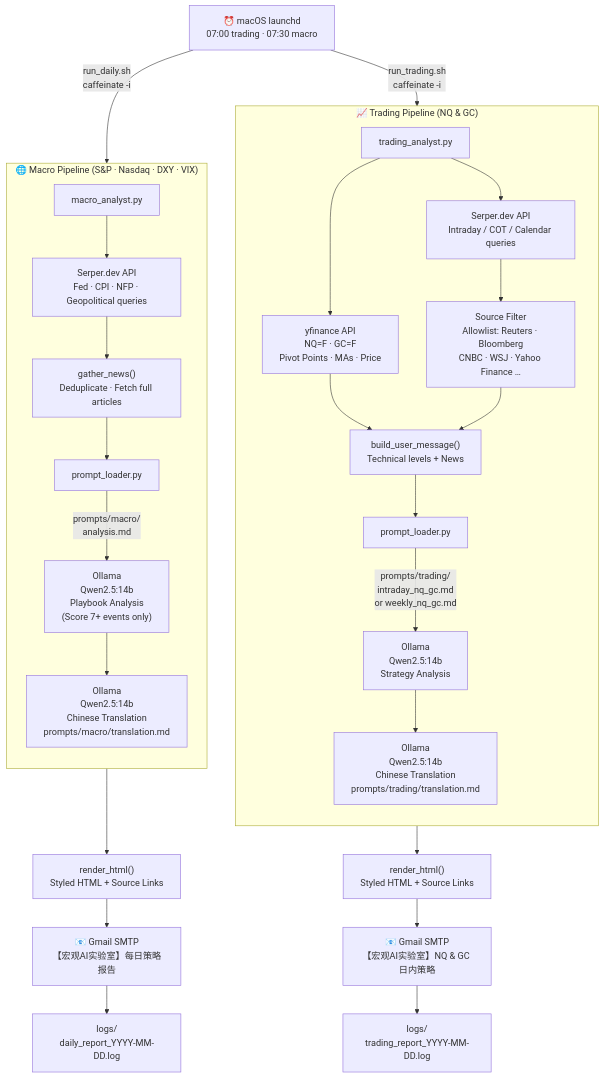
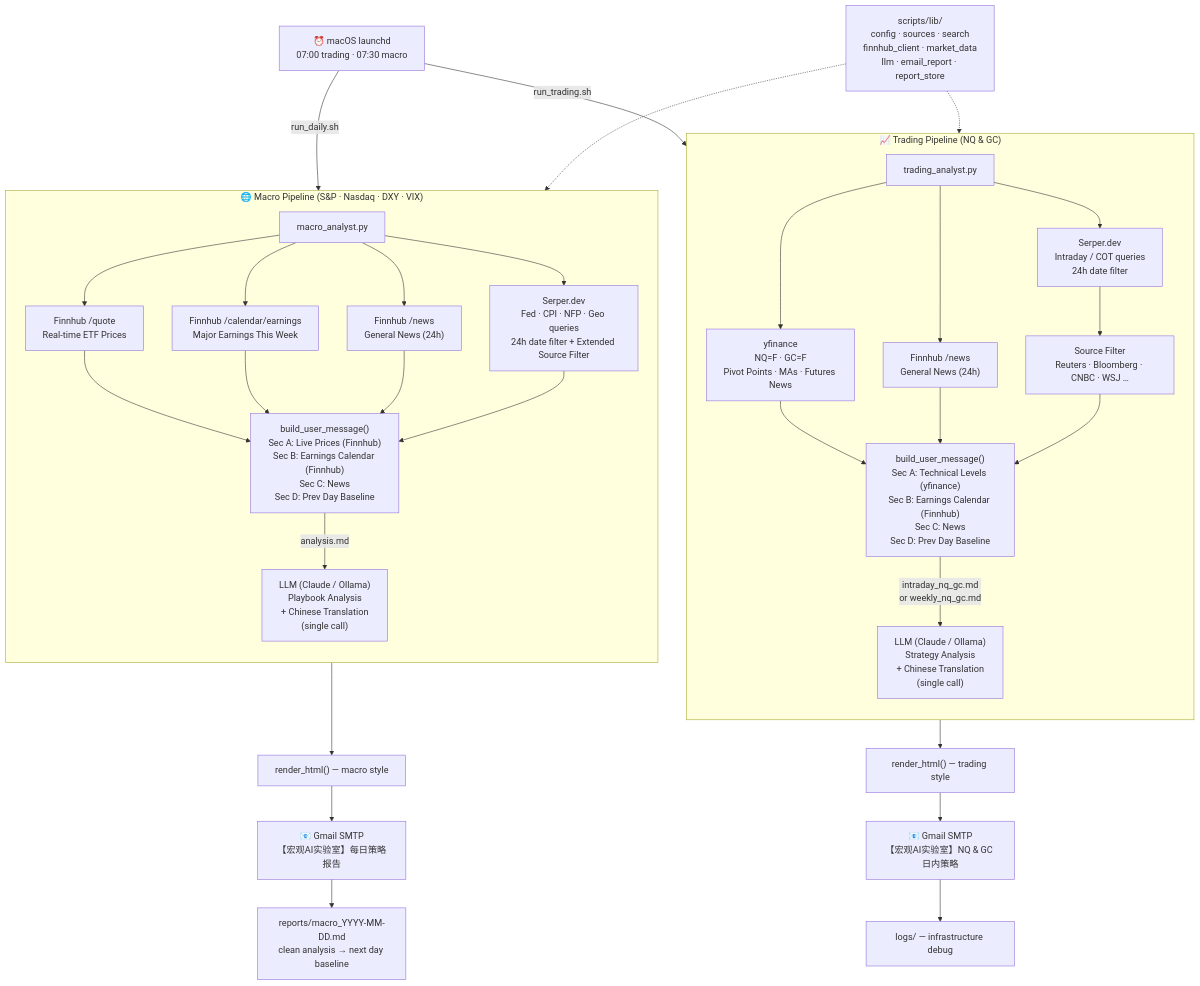
The diagram in README.md (raymondhe0/Macro_AI_Lab), drawn with Mermaid before and after one commit. The commit also changed other lines of this file and 23 other files, not shown here.

Commit message:
Refactor: Modularize pipeline into lib/ and upgrade to hybrid architecture

````diff
--- a/README.md
+++ b/README.md
@@ -28,44 +87,44 @@
 ```mermaid
 flowchart TD
     %% ── Scheduling ──────────────────────────────────────────
     LAUNCHD["⏰ macOS launchd<br/>07:00 trading · 07:30 macro"]
 
-    LAUNCHD -->|"run_trading.sh<br/>caffeinate -i"| TA["trading_analyst.py"]
-    LAUNCHD -->|"run_daily.sh<br/>caffeinate -i"| MA["macro_analyst.py"]
+    LAUNCHD -->|"run_trading.sh"| TA["trading_analyst.py"]
+    LAUNCHD -->|"run_daily.sh"| MA["macro_analyst.py"]
 
-    %% ── Shared prompt loader ────────────────────────────────
-    PL["prompt_loader.py"]
+    %% ── Shared lib ─────────────────────────────────────────
+    LIB["scripts/lib/<br/>config · sources · search<br/>finnhub_client · market_data<br/>llm · email_report · report_store"]
 
     %% ── TRADING PIPELINE ────────────────────────────────────
     subgraph TRADING ["📈 Trading Pipeline  (NQ & GC)"]
         direction TB
-        TA --> YF["yfinance API<br/>NQ=F · GC=F<br/>Pivot Points · MAs · Price"]
-        TA --> SF["Serper.dev API<br/>Intraday / COT / Calendar queries"]
-        SF --> FIL["Source Filter<br/>Allowlist: Reuters · Bloomberg<br/>CNBC · WSJ · Yahoo Finance …"]
-        YF --> MSG_T["build_user_message()<br/>Technical levels + News"]
-        FIL --> MSG_T
-        MSG_T --> PL
-        PL -->|"prompts/trading/<br/>intraday_nq_gc.md<br/>or weekly_nq_gc.md"| OL1["Ollama<br/>Qwen2.5:14b<br/>Strategy Analysis"]
-        OL1 --> OL2["Ollama<br/>Qwen2.5:14b<br/>Chinese Translation<br/>prompts/trading/translation.md"]
+        TA --> YF["yfinance<br/>NQ=F · GC=F<br/>Pivot Points · MAs · Futures News"]
+        TA --> FH_T["Finnhub /news<br/>General News (24h)"]
+        TA --> SF["Serper.dev<br/>Intraday / COT queries<br/>24h date filter"]
+        SF --> FILT["Source Filter<br/>Reuters · Bloomberg · CNBC · WSJ …"]
+        YF & FH_T & FILT --> MSG_T["build_user_message()<br/>Sec A: Technical Levels (yfinance)<br/>Sec B: Earnings Calendar (Finnhub)<br/>Sec C: News<br/>Sec D: Prev Day Baseline"]
+        MSG_T -->|"intraday_nq_gc.md<br/>or weekly_nq_gc.md"| LLM_T["LLM (Claude / Ollama)<br/>Strategy Analysis<br/>+ Chinese Translation<br/>(single call)"]
     end
 
     %% ── MACRO PIPELINE ──────────────────────────────────────
-    subgraph MACRO ["🌐 Macro Pipeline (S&P · Nasdaq · DXY · VIX)"]
+    subgraph MACRO ["🌐 Macro Pipeline  (S&P · Nasdaq · DXY · VIX)"]
         direction TB
-        MA --> SS["Serper.dev API<br/>Fed · CPI · NFP · Geopolitical queries"]
-        SS --> MA2["gather_news()<br/>Deduplicate · Fetch full articles"]
-        MA2 --> PL2["prompt_loader.py"]
-        PL2 -->|"prompts/macro/<br/>analysis.md"| OL3["Ollama<br/>Qwen2.5:14b<br/>Playbook Analysis<br/>(Score 7+ events only)"]
-        OL3 --> OL4["Ollama<br/>Qwen2.5:14b<br/>Chinese Translation<br/>prompts/macro/translation.md"]
+        MA --> FH_MA["Finnhub /quote<br/>Real-time ETF Prices"]
+        MA --> FH_MB["Finnhub /calendar/earnings<br/>Major Earnings This Week"]
+        MA --> FH_MC["Finnhub /news<br/>General News (24h)"]
+        MA --> SS["Serper.dev<br/>Fed · CPI · NFP · Geo queries<br/>24h date filter + Extended Source Filter"]
+        FH_MA & FH_MB & FH_MC & SS --> MSG_M["build_user_message()<br/>Sec A: Live Prices (Finnhub)<br/>Sec B: Earnings Calendar (Finnhub)<br/>Sec C: News<br/>Sec D: Prev Day Baseline"]
+        MSG_M -->|"analysis.md"| LLM_M["LLM (Claude / Ollama)<br/>Playbook Analysis<br/>+ Chinese Translation<br/>(single call)"]
     end
 
-    %% ── Shared output ───────────────────────────────────────
-    OL2 --> HTML["render_html()<br/>Styled HTML + Source Links"]
-    OL4 --> HTML2["render_html()<br/>Styled HTML + Source Links"]
-    HTML  --> EMAIL["📧 Gmail SMTP<br/>【宏观AI实验室】NQ & GC 日内策略"]
-    HTML2 --> EMAIL2["📧 Gmail SMTP<br/>【宏观AI实验室】每日策略报告"]
+    LIB -.-> TRADING
+    LIB -.-> MACRO
 
-    %% ── Logs ────────────────────────────────────────────────
-    EMAIL  --> LOG["logs/<br/>trading_report_YYYY-MM-DD.log"]
-    EMAIL2 --> LOG2["logs/<br/>daily_report_YYYY-MM-DD.log"]
+    %% ── Output ──────────────────────────────────────────────
+    LLM_T --> HTML_T["render_html() — trading style"]
+    LLM_M --> HTML_M["render_html() — macro style"]
+    HTML_T --> EMAIL_T["📧 Gmail SMTP<br/>【宏观AI实验室】NQ & GC 日内策略"]
+    HTML_M --> EMAIL_M["📧 Gmail SMTP<br/>【宏观AI实验室】每日策略报告"]
+    EMAIL_T --> LOG_T["logs/ — infrastructure debug"]
+    EMAIL_M --> RPT["reports/macro_YYYY-MM-DD.md<br/>clean analysis → next day baseline"]
 ```
````
